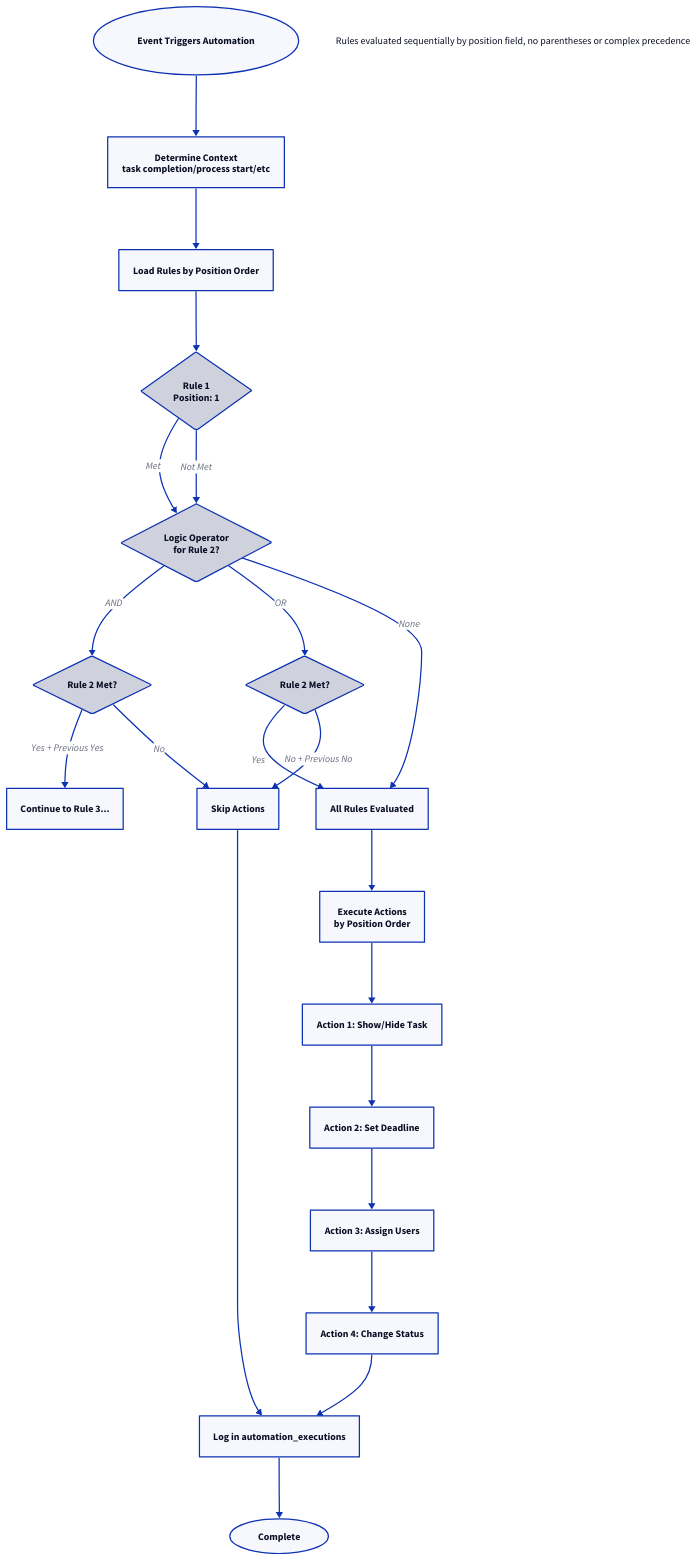
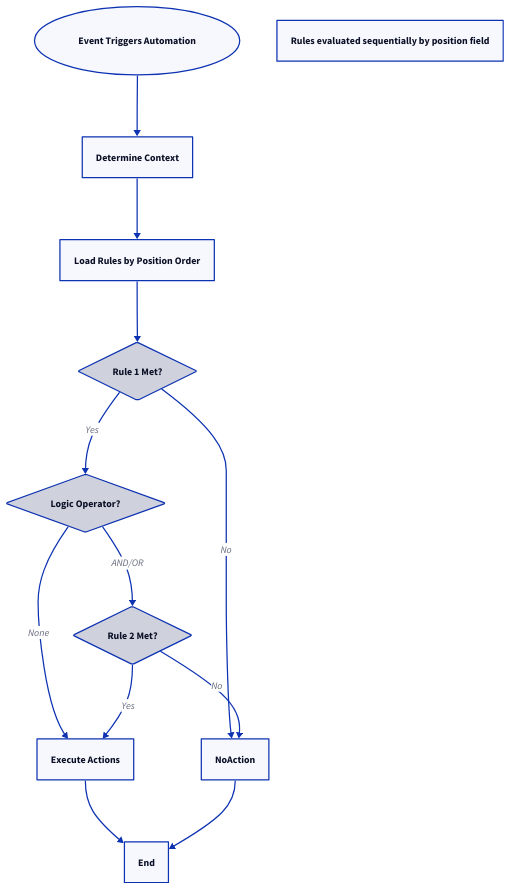
Before and after one commit to tallyfy/documentation: the eighth of 17 diagrams in CLAUDE.md, drawn with D2. The commit also changed other lines of this file and 6 other files, not shown here.

````diff
--- a/CLAUDE.md
+++ b/CLAUDE.md
@@ -1655,65 +1576,27 @@
 ```d2
-Start: Event Triggers Automation {
-  shape: oval
-}
-Context: Determine Context\ntask completion/process start/etc
+Start: Event Triggers Automation { shape: oval }
+Context: Determine Context
 Rules: Load Rules by Position Order
-Rule1: Rule 1\nPosition: 1 {
-  shape: diamond
-}
-Op1: Logic Operator\nfor Rule 2? {
-  shape: diamond
-}
-Rule2AND: Rule 2 Met? {
-  shape: diamond
-}
-Rule2OR: Rule 2 Met? {
-  shape: diamond
-}
-Continue: Continue to Rule 3...
-NoAction: Skip Actions
-CheckActions: All Rules Evaluated
-Actions: Execute Actions\nby Position Order
-
-A1: Action 1: Show/Hide Task
-A2: Action 2: Set Deadline
-A3: Action 3: Assign Users
-A4: Action 4: Change Status
-
-Log: Log in automation_executions
-End: Complete {
-  shape: oval
-}
+Rule1: Rule 1 Met? { shape: diamond }
+Op1: Logic Operator? { shape: diamond }
+Rule2: Rule 2 Met? { shape: diamond }
+Actions: Execute Actions
 
 Start -> Context
 Context -> Rules
 Rules -> Rule1
 
-Rule1 -> Op1: Met
-Rule1 -> Op1: Not Met
+Rule1 -> Op1: Yes
+Rule1 -> NoAction: No
 
-Op1 -> Rule2AND: AND
-Op1 -> Rule2OR: OR
-Op1 -> CheckActions: None
+Op1 -> Rule2: AND/OR
+Op1 -> Actions: None
 
-Rule2AND -> Continue: Yes + Previous Yes
-Rule2AND -> NoAction: No
+Rule2 -> Actions: Yes
+Rule2 -> NoAction: No
 
-Rule2OR -> CheckActions: Yes
-Rule2OR -> NoAction: No + Previous No
+Actions -> End
+NoAction -> End
 
-CheckActions -> Actions
-Actions -> A1
-A1 -> A2
-A2 -> A3
-A3 -> A4
-A4 -> Log
-NoAction -> Log
-Log -> End
-
-note: |md
-  Rules evaluated sequentially
-  by position field, no parentheses
-  or complex precedence
-|
+note: Rules evaluated sequentially by position field
 ```
````
